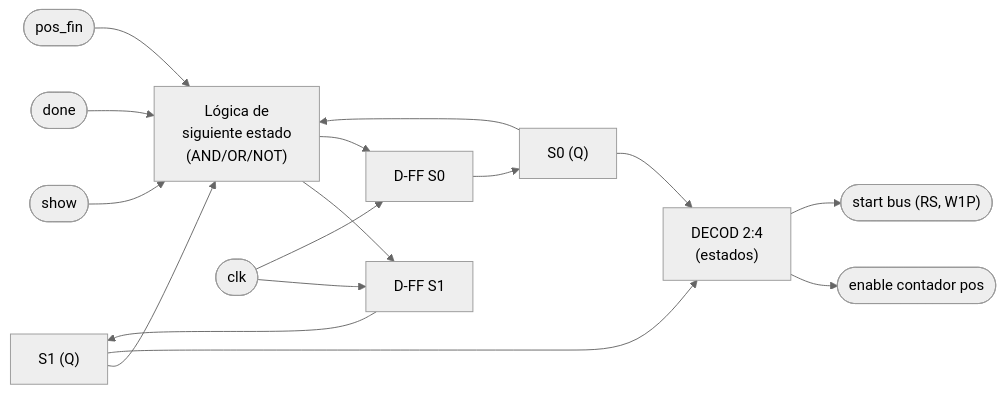
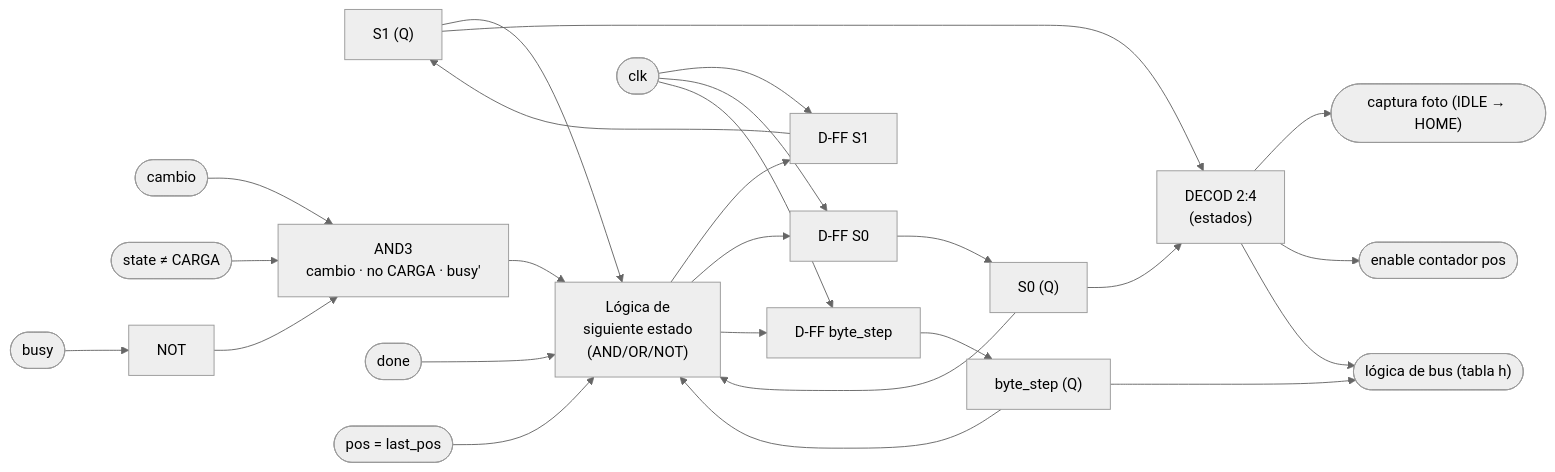
Before and after one commit to Taller-de-diseno-digital-GR01/Proyecto-2-Ahorcado: diagram 25 of 44 in docs/diseño/diseño.md, drawn with Mermaid (neutral theme). The commit also changed other lines of this file and 7 other files, not shown here.

````diff
--- a/docs/diseño/diseño.md
+++ b/docs/diseño/diseño.md
@@ -1965,18 +2392,28 @@
 ```mermaid
 flowchart LR
     S1Q["S1 (Q)"] --> NSL["Lógica de<br/>siguiente estado<br/>(AND/OR/NOT)"]
     S0Q["S0 (Q)"] --> NSL
-    SHOW(["show"]) --> NSL
+    BSQ["byte_step (Q)"] --> NSL
+    CAMBIO(["cambio"]) --> ARR["AND3<br/>cambio · no CARGA · busy'"]
+    NOCARGA(["state ≠ CARGA"]) --> ARR
+    BUSY(["busy"]) --> NOTB["NOT"]
+    NOTB --> ARR
+    ARR --> NSL
     DONE(["done"]) --> NSL
-    POSEND(["pos_fin"]) --> NSL
+    POSEND(["pos = last_pos"]) --> NSL
     NSL --> D1["D-FF S1"]
     NSL --> D2["D-FF S0"]
+    NSL --> D3["D-FF byte_step"]
     CLK(["clk"]) --> D1
     CLK --> D2
+    CLK --> D3
     D1 --> S1Q
     D2 --> S0Q
+    D3 --> BSQ
     S1Q --> DEC["DECOD 2:4<br/>(estados)"]
     S0Q --> DEC
+    DEC --> CAPT(["captura foto (IDLE → HOME)"])
     DEC --> CTEN(["enable contador pos"])
-    DEC --> STARTB(["start bus (RS, W1P)"])
+    DEC --> BUSOUT(["lógica de bus (tabla h)"])
+    BSQ --> BUSOUT
 ```
````
